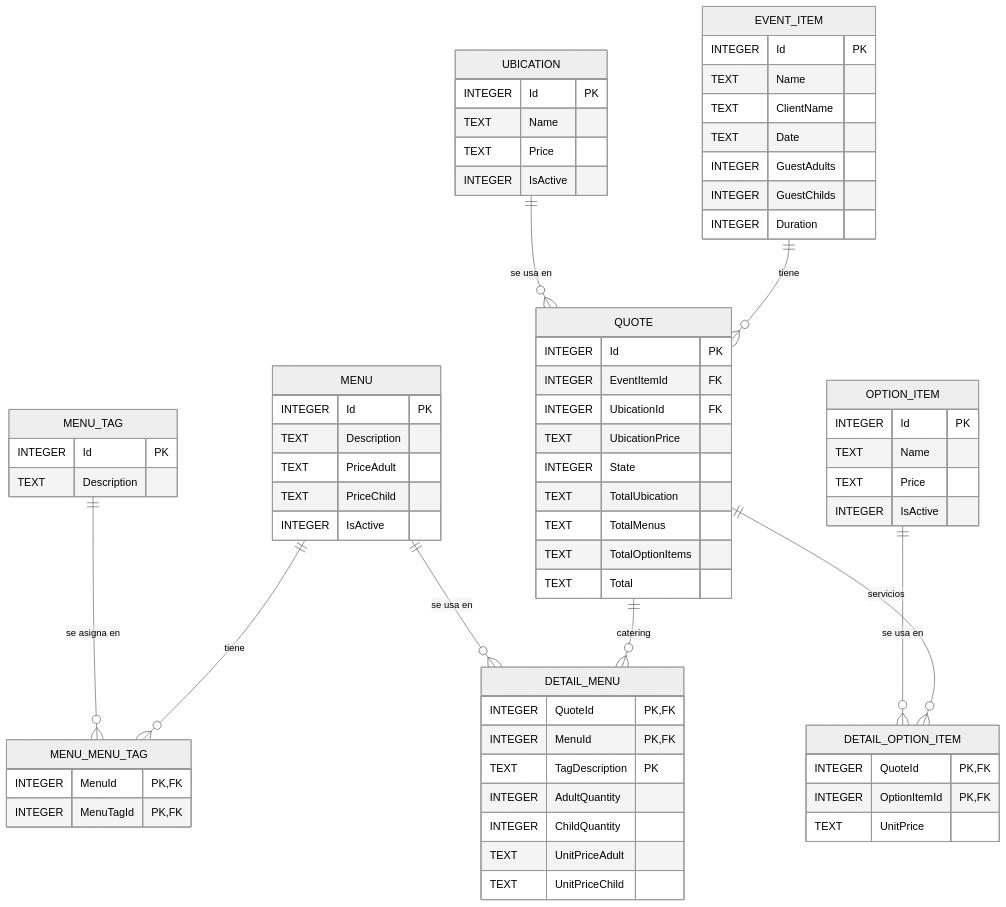
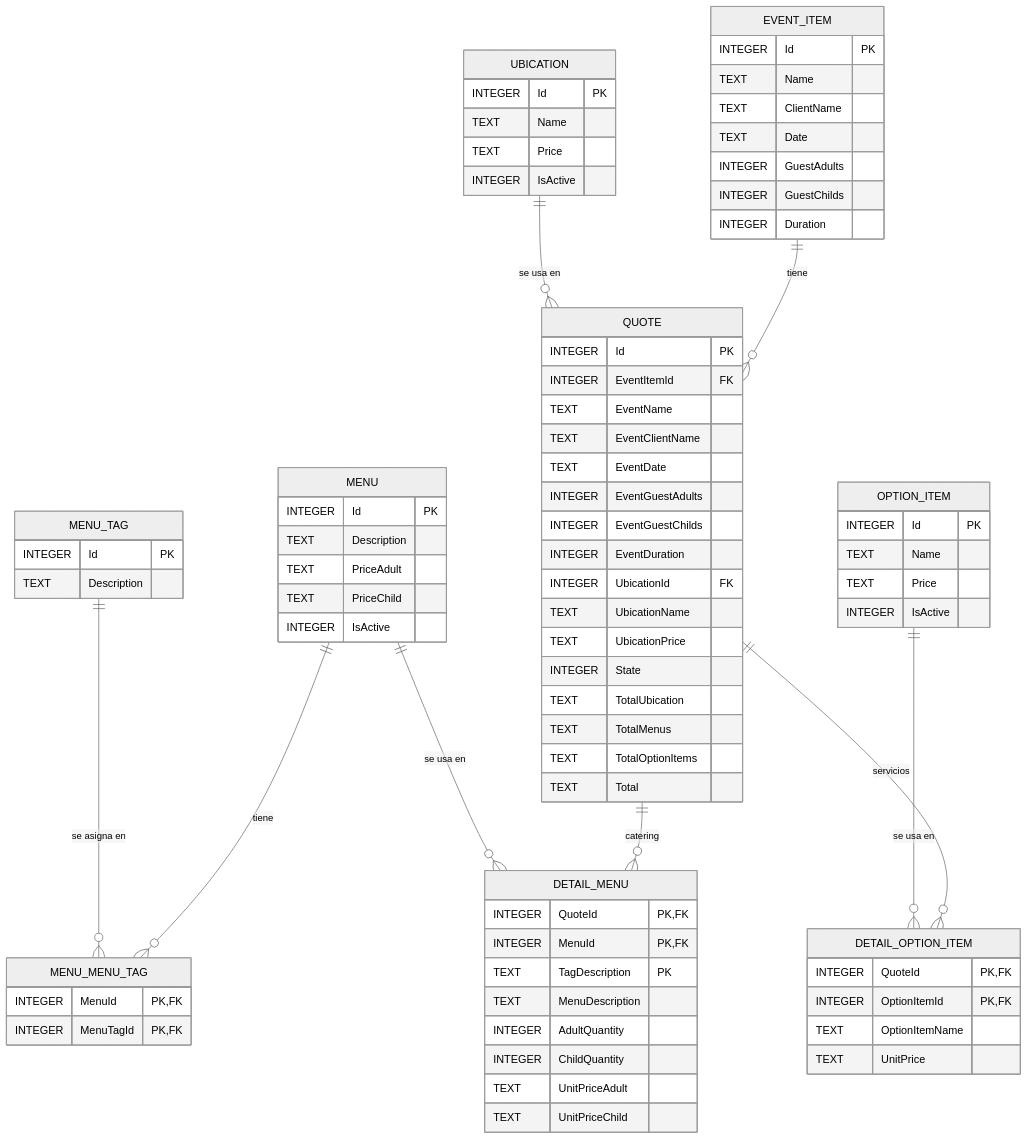
Before and after one commit to ArdanzaLucas/ProyectoGestionEventos: the third of 6 diagrams in Docs/UML.md, drawn with Mermaid (neutral theme). The commit also changed other lines of this file and 45 other files, not shown here.

````diff
--- a/Docs/UML.md
+++ b/Docs/UML.md
@@ -260,73 +271,82 @@
 ```mermaid
 erDiagram
   UBICATION {
     INTEGER Id PK
     TEXT Name
     TEXT Price
     INTEGER IsActive
   }
   MENU {
     INTEGER Id PK
     TEXT Description
     TEXT PriceAdult
     TEXT PriceChild
     INTEGER IsActive
   }
   MENU_TAG {
     INTEGER Id PK
     TEXT Description
   }
   MENU_MENU_TAG {
     INTEGER MenuId PK, FK
     INTEGER MenuTagId PK, FK
   }
   OPTION_ITEM {
     INTEGER Id PK
     TEXT Name
     TEXT Price
     INTEGER IsActive
   }
   EVENT_ITEM {
     INTEGER Id PK
     TEXT Name
     TEXT ClientName
     TEXT Date
     INTEGER GuestAdults
     INTEGER GuestChilds
     INTEGER Duration
   }
   QUOTE {
     INTEGER Id PK
     INTEGER EventItemId FK
+    TEXT EventName
+    TEXT EventClientName
+    TEXT EventDate
+    INTEGER EventGuestAdults
+    INTEGER EventGuestChilds
+    INTEGER EventDuration
     INTEGER UbicationId FK
+    TEXT UbicationName
     TEXT UbicationPrice
     INTEGER State
     TEXT TotalUbication
     TEXT TotalMenus
     TEXT TotalOptionItems
     TEXT Total
   }
   DETAIL_MENU {
     INTEGER QuoteId PK, FK
     INTEGER MenuId PK, FK
     TEXT TagDescription PK
+    TEXT MenuDescription
     INTEGER AdultQuantity
     INTEGER ChildQuantity
     TEXT UnitPriceAdult
     TEXT UnitPriceChild
   }
   DETAIL_OPTION_ITEM {
     INTEGER QuoteId PK, FK
     INTEGER OptionItemId PK, FK
+    TEXT OptionItemName
     TEXT UnitPrice
   }
 
   EVENT_ITEM ||--o{ QUOTE : "tiene"
   UBICATION ||--o{ QUOTE : "se usa en"
   QUOTE ||--o{ DETAIL_MENU : "catering"
   MENU ||--o{ DETAIL_MENU : "se usa en"
   QUOTE ||--o{ DETAIL_OPTION_ITEM : "servicios"
   OPTION_ITEM ||--o{ DETAIL_OPTION_ITEM : "se usa en"
   MENU ||--o{ MENU_MENU_TAG : "tiene"
   MENU_TAG ||--o{ MENU_MENU_TAG : "se asigna en"
 ```
````
